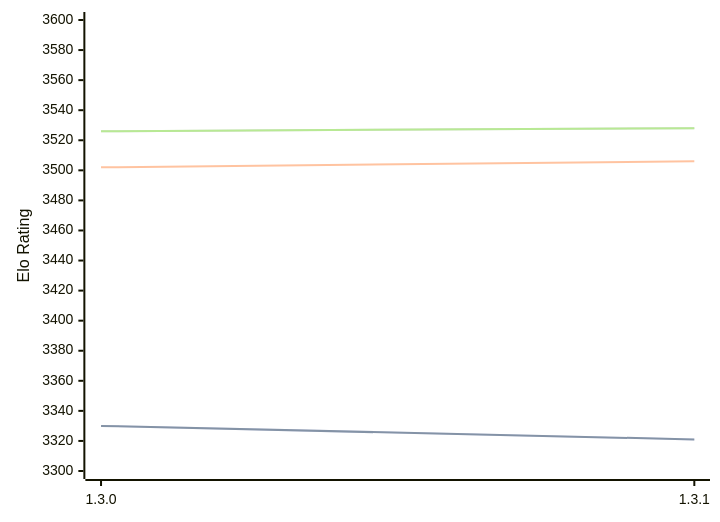
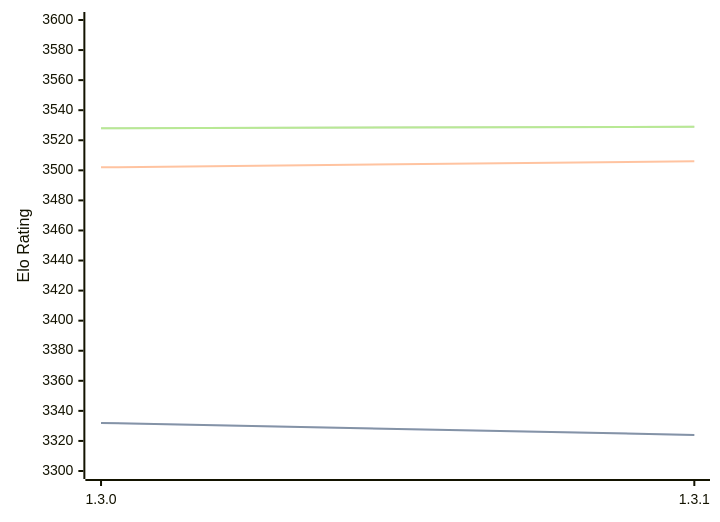
The diagram in engines/Renegade.md (computer-chess-index/cci), drawn with Mermaid before and after one commit. The commit also changed other lines of this file, not shown here.

Commit message:
Update CCI Ratings (ELO VLTC) - 2026-07-25

````diff
--- a/engines/Renegade.md
+++ b/engines/Renegade.md
@@ -42,11 +42,11 @@
 ```mermaid
 %%{init: {"theme":"base","themeVariables":{"seriesColors:['#a3a3a3','#222221','#faa371']}}}%%
 xychart-beta
   x-axis ["1.3.0", "1.3.1"]
   y-axis "Elo Rating" 3300 --> 3600
-  line "STC (8.0+0.08s)" [3330, 3321]
-  line "STC (8.0+0.08s)" [3330, 3321]
+  line "STC (8.0+0.08s)" [3332, 3324]
+  line "STC (8.0+0.08s)" [3332, 3324]
   line "LTC (60.0+0.60s)" [3502, 3506]
-  line "VLTC (2m24s+1.12s)" [3526, 3528]
-  line "VLTC (2m24s+1.12s)" [3526, 3528]
+  line "VLTC (2m24s+1.12s)" [3528, 3529]
+  line "VLTC (2m24s+1.12s)" [3528, 3529]
 ```
````
